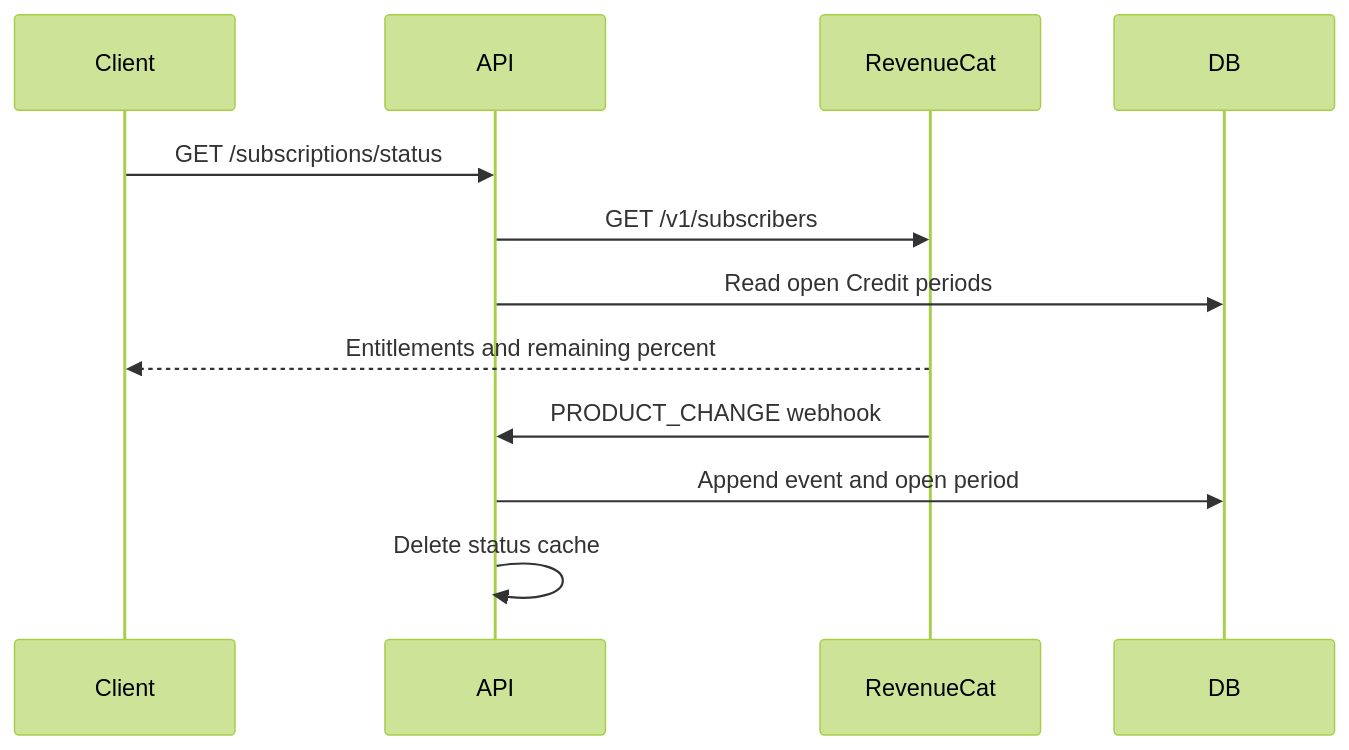
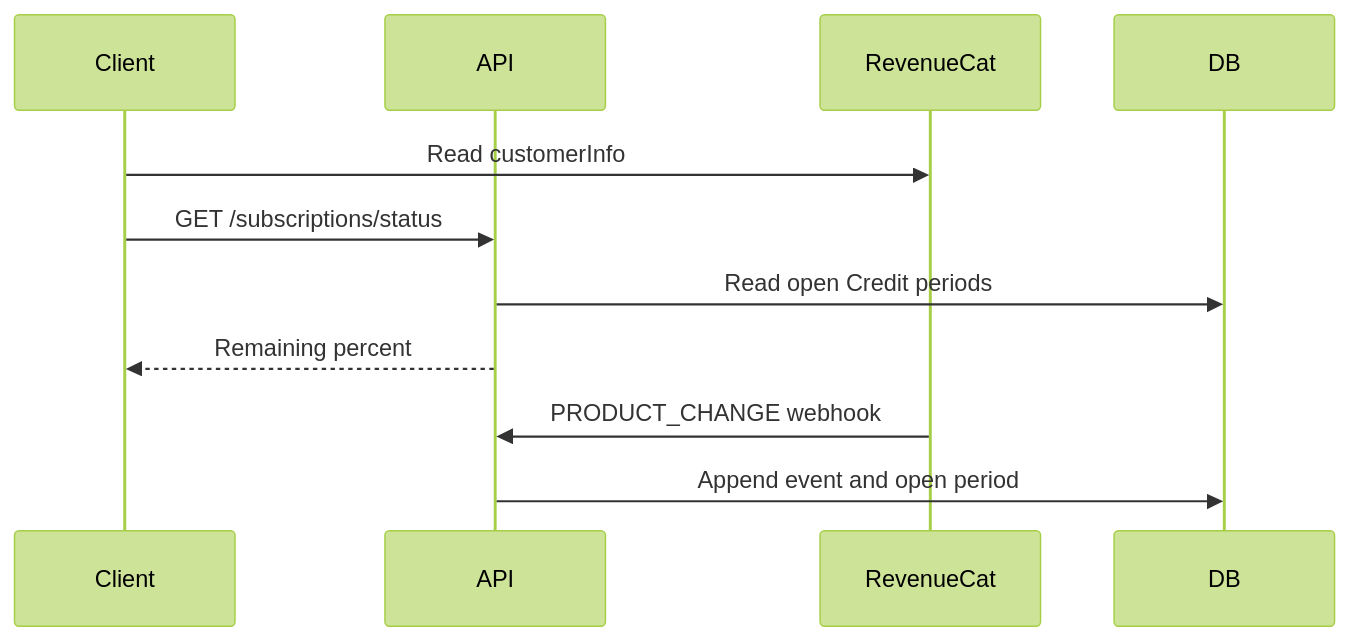
The second of 2 diagrams in server/docs/ai/adr/2026-10-04-subscription-credits.md (moeru-ai/airi), drawn with Mermaid (forest theme) before and after one commit. The commit also changed other lines of this file and 15 other files, not shown here.

First line of the commit message:
refactor(revenuecat): read the current plan from the client SDK

````diff
--- a/server/docs/ai/adr/2026-10-04-subscription-credits.md
+++ b/server/docs/ai/adr/2026-10-04-subscription-credits.md
@@ -78,14 +77,13 @@
 ```mermaid
 sequenceDiagram
   participant Client
   participant API
   participant RC as RevenueCat
   participant DB
+  Client->>RC: Read customerInfo
   Client->>API: GET /subscriptions/status
-  API->>RC: GET /v1/subscribers
   API->>DB: Read open Credit periods
-  RC-->>Client: Entitlements and remaining percent
+  API-->>Client: Remaining percent
   RC->>API: PRODUCT_CHANGE webhook
   API->>DB: Append event and open period
-  API->>API: Delete status cache
 ```
````
